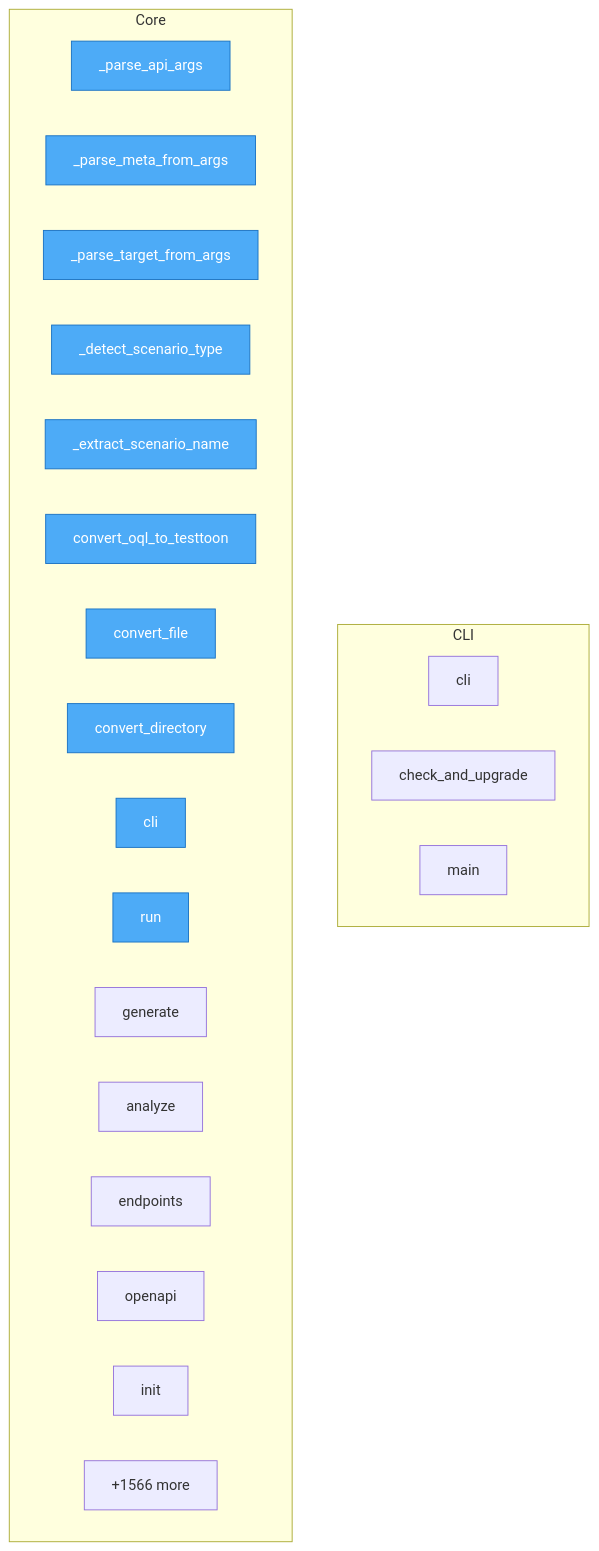
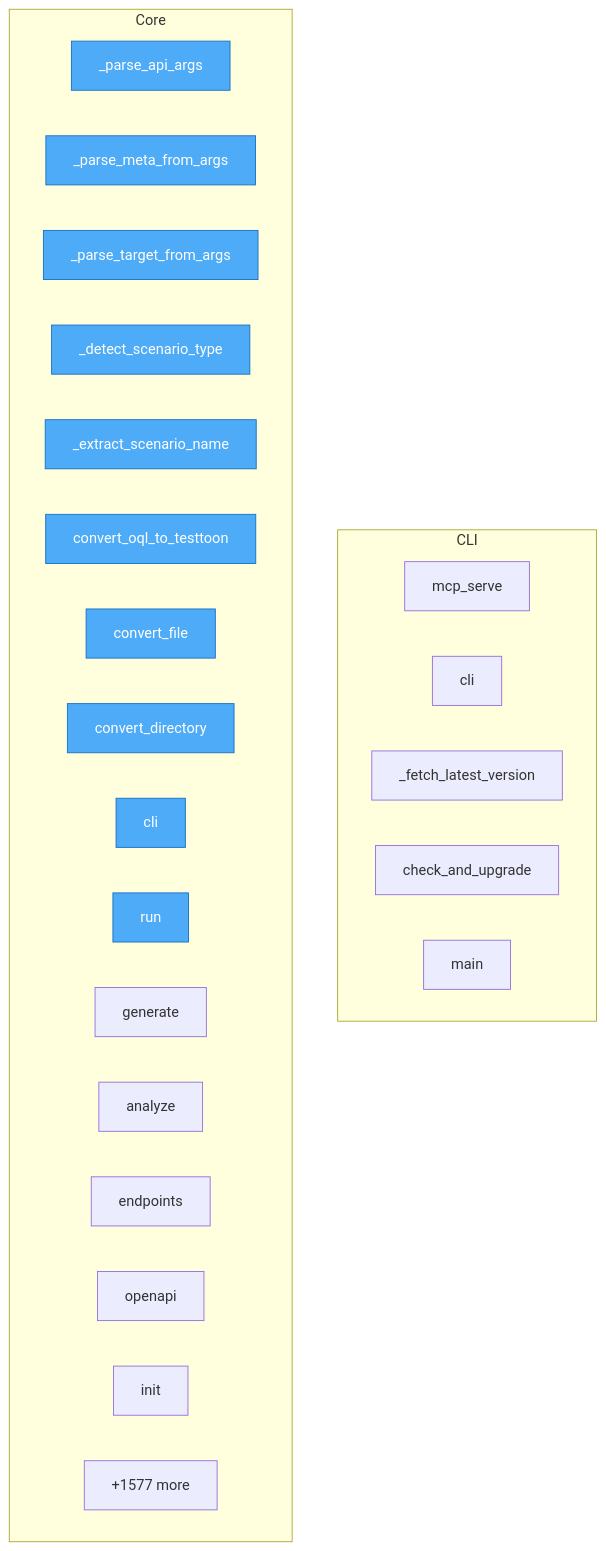
One commit to oqlos/testql changed the diagram in project/flow.mmd. Above: the diagram before and after it, drawn with Mermaid. The commit also changed 35 other files, not shown here.

```diff
--- a/project/flow.mmd
+++ b/project/flow.mmd
@@ -1,31 +1,33 @@
 flowchart TD
 
     %% Entry points (blue)
     classDef entry fill:#4dabf7,stroke:#1971c2,color:#fff
 
     subgraph CLI
+        testql__cli__mcp_serve["mcp_serve"]
         testql__cli__cli["cli"]
+        testql__cli___fetch_latest_version["_fetch_latest_version"]
         testql__cli__check_and_upgrade["check_and_upgrade"]
         testql__cli__main["main"]
     end
 
     subgraph Core
         code2llm_output__map__toon___parse_api_args["_parse_api_args"]
         code2llm_output__map__toon___parse_meta_from_args["_parse_meta_from_args"]
         code2llm_output__map__toon___parse_target_from_args["_parse_target_from_args"]
         code2llm_output__map__toon___detect_scenario_type["_detect_scenario_type"]
         code2llm_output__map__toon___extract_scenario_name["_extract_scenario_name"]
         code2llm_output__map__toon__convert_oql_to_testtoon["convert_oql_to_testtoon"]
         code2llm_output__map__toon__convert_file["convert_file"]
         code2llm_output__map__toon__convert_directory["convert_directory"]
         code2llm_output__map__toon__cli["cli"]
         code2llm_output__map__toon__run["run"]
         code2llm_output__map__toon__generate["generate"]
         code2llm_output__map__toon__analyze["analyze"]
         code2llm_output__map__toon__endpoints["endpoints"]
         code2llm_output__map__toon__openapi["openapi"]
         code2llm_output__map__toon__init["init"]
-        ...["+1566 more"]
+        ...["+1577 more"]
     end
 
     class code2llm_output__map__toon___parse_api_args,code2llm_output__map__toon___parse_meta_from_args,code2llm_output__map__toon___parse_target_from_args,code2llm_output__map__toon___detect_scenario_type,code2llm_output__map__toon___extract_scenario_name,code2llm_output__map__toon__convert_oql_to_testtoon,code2llm_output__map__toon__convert_file,code2llm_output__map__toon__convert_directory,code2llm_output__map__toon__cli,code2llm_output__map__toon__run entry
```
